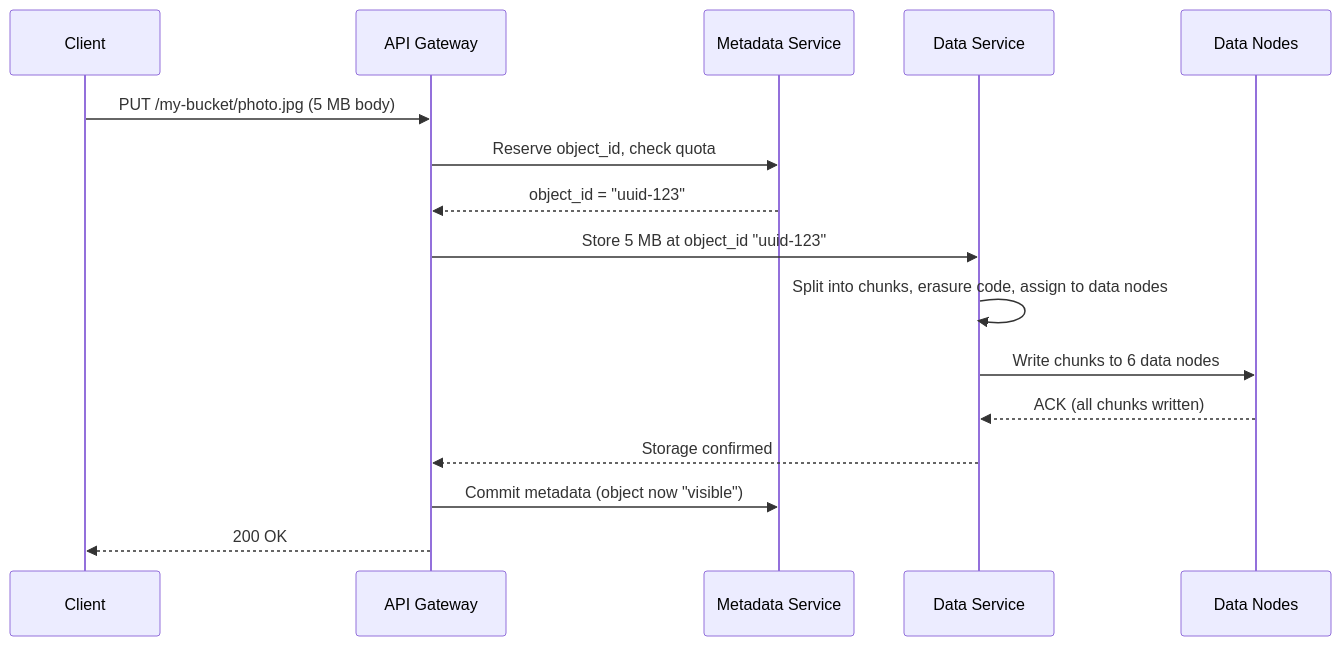
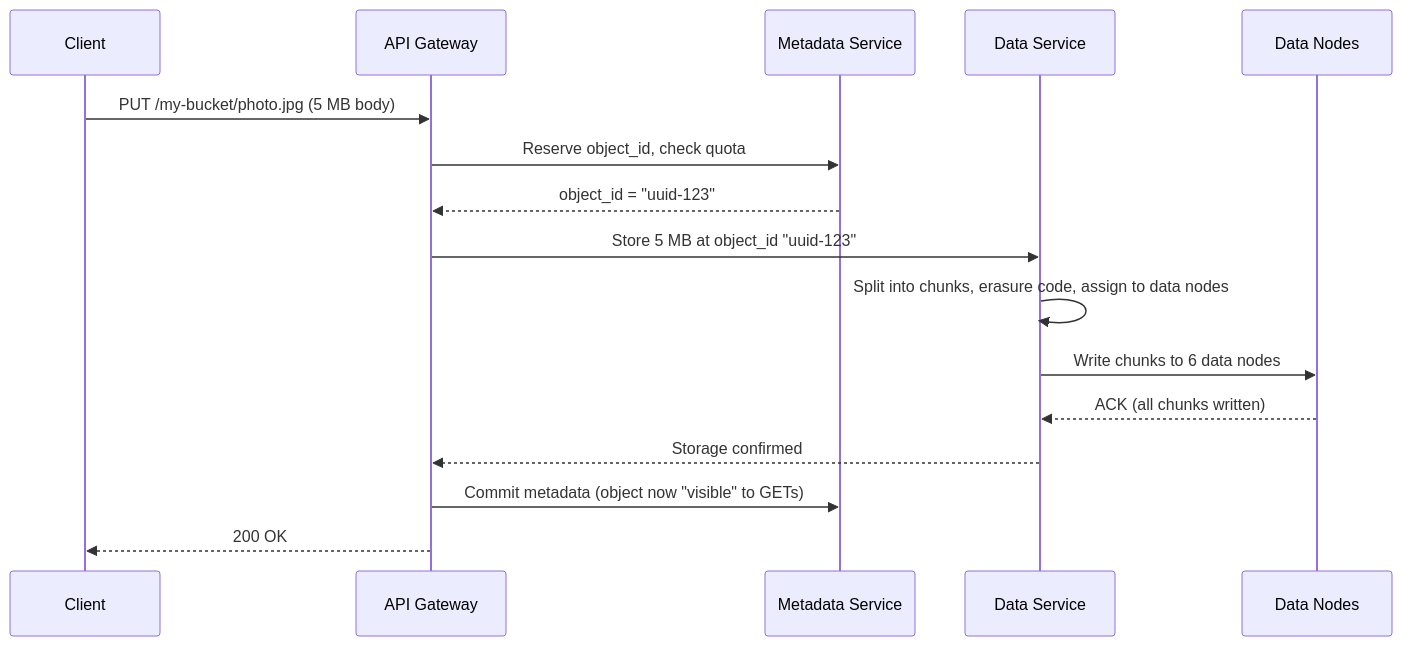
Before and after one commit to Gbirla06/systemDesign: the second of 2 diagrams in HLD_Vol2/chapter_9/design_s3_object_storage.md, drawn with Mermaid. The commit also changed other lines of this file and 7 other files, not shown here.

````diff
--- a/HLD_Vol2/chapter_9/design_s3_object_storage.md
+++ b/HLD_Vol2/chapter_9/design_s3_object_storage.md
@@ -118,21 +133,21 @@
 ```mermaid
 sequenceDiagram
     participant Client
     participant API as API Gateway
     participant Meta as Metadata Service
     participant Data as Data Service
     participant DN as Data Nodes
 
     Client->>API: PUT /my-bucket/photo.jpg (5 MB body)
     API->>Meta: Reserve object_id, check quota
     Meta-->>API: object_id = "uuid-123"
     
     API->>Data: Store 5 MB at object_id "uuid-123"
     Data->>Data: Split into chunks, erasure code, assign to data nodes
     Data->>DN: Write chunks to 6 data nodes
     DN-->>Data: ACK (all chunks written)
     
     Data-->>API: Storage confirmed
-    API->>Meta: Commit metadata (object now "visible")
+    API->>Meta: Commit metadata (object now "visible" to GETs)
     API-->>Client: 200 OK
 ```
````
